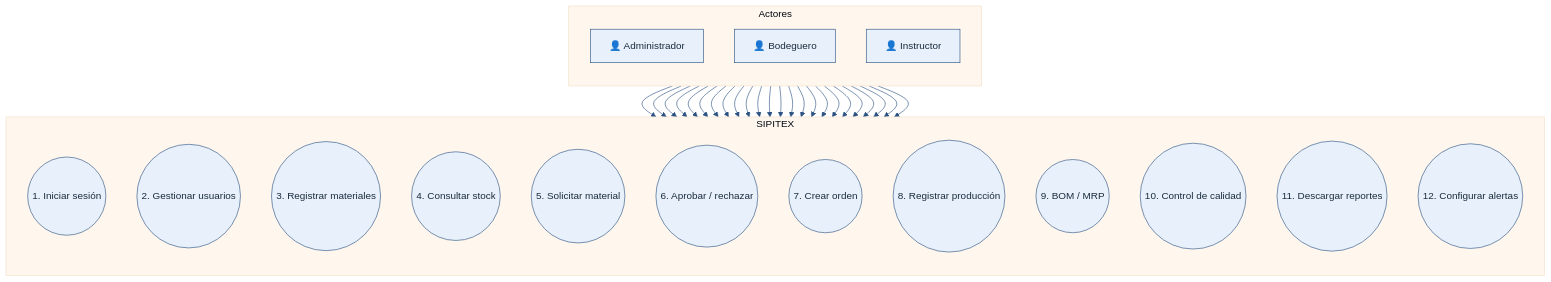
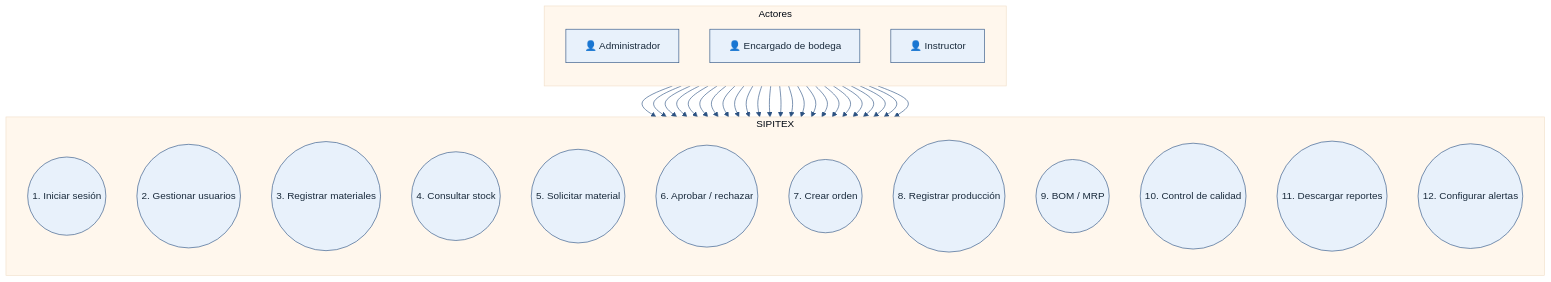
Before and after one commit to COSTEsincelejo/-SIPITEX: the diagram in docs/diagramas/src/01-casos-de-uso.mmd, drawn with Mermaid. The commit also changed 152 other files, not shown here.

First line of the commit message:
feat(nomenclatura): Bodega→PlantaInventario, Bodeguero→Encargado de bodega, Número de ficha→Número de grupo (#85)

```diff
--- a/docs/diagramas/src/01-casos-de-uso.mmd
+++ b/docs/diagramas/src/01-casos-de-uso.mmd
@@ -1,49 +1,49 @@
 %%{init: {'theme': 'base', 'themeVariables': { 'primaryColor': '#e8f1fb', 'primaryTextColor': '#1a2b3c', 'primaryBorderColor': '#2c5282', 'lineColor': '#2c5282', 'secondaryColor': '#f7fafc', 'tertiaryColor': '#fff7ed', 'fontFamily': 'Segoe UI, Arial, sans-serif'}}}%%
 flowchart TB
   subgraph Actores["Actores"]
     direction TB
     A["👤 Administrador"]
-    B["👤 Bodeguero"]
+    B["👤 Encargado de bodega"]
     I["👤 Instructor"]
   end
 
   subgraph Sistema["SIPITEX"]
     direction TB
     UC1(("1. Iniciar sesión"))
     UC2(("2. Gestionar usuarios"))
     UC3(("3. Registrar materiales"))
     UC4(("4. Consultar stock"))
     UC5(("5. Solicitar material"))
     UC6(("6. Aprobar / rechazar"))
     UC7(("7. Crear orden"))
     UC8(("8. Registrar producción"))
     UC9(("9. BOM / MRP"))
     UC10(("10. Control de calidad"))
     UC11(("11. Descargar reportes"))
     UC12(("12. Configurar alertas"))
   end
 
   A --> UC1
   B --> UC1
   I --> UC1
   A --> UC2
   A --> UC3
   B --> UC3
   A --> UC4
   B --> UC4
   I --> UC4
   I --> UC5
   A --> UC5
   B --> UC6
   A --> UC6
   A --> UC7
   I --> UC8
   A --> UC8
   A --> UC9
   B --> UC9
   A --> UC10
   I --> UC10
   A --> UC11
   B --> UC11
   I --> UC11
   A --> UC12
```
